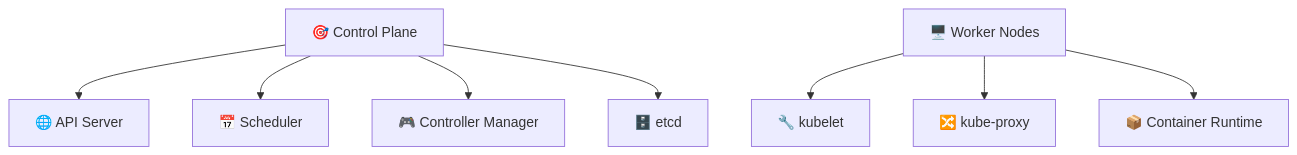
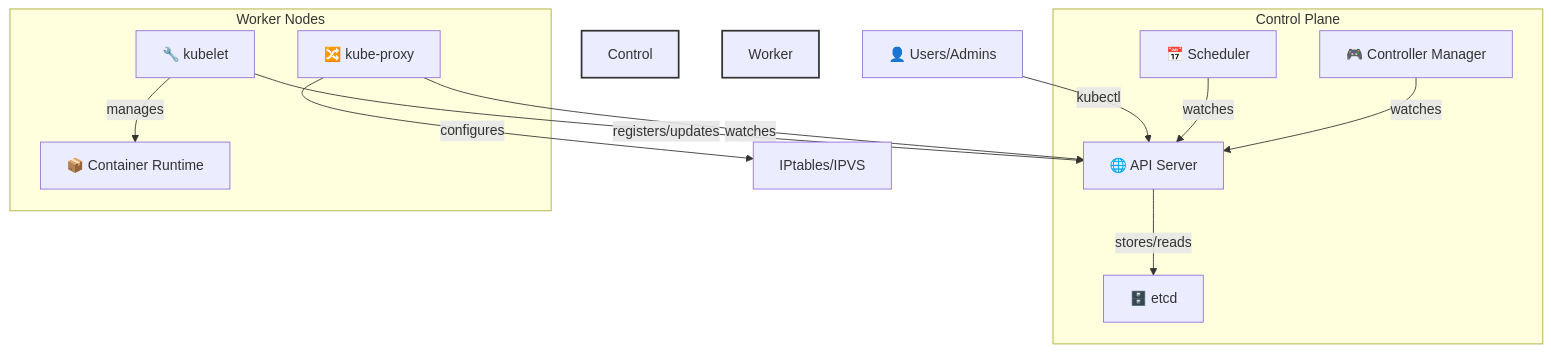
Before and after one commit to satishkumar-dhule/EA-SRE-prep: the second of 50 diagrams in Kubernetes_Visual_Interview_Prep.md, drawn with Mermaid. The commit also changed other lines of this file and 5 other files, not shown here.

````diff
--- a/Kubernetes_Visual_Interview_Prep.md
+++ b/Kubernetes_Visual_Interview_Prep.md
@@ -38,11 +60,29 @@
 ```mermaid
 graph TD
-    Master[🎯 Control Plane] --> API[🌐 API Server]
-    Master --> Scheduler[📅 Scheduler]
-    Master --> Controller[🎮 Controller Manager]
-    Master --> ETCD[🗄️ etcd]
+    subgraph Control Plane
+        API[🌐 API Server]
+        Scheduler[📅 Scheduler]
+        Controller[🎮 Controller Manager]
+        ETCD[🗄️ etcd]
+    end
+
+    subgraph Worker Nodes
+        Kubelet[🔧 kubelet]
+        Proxy[🔀 kube-proxy]
+        Container[📦 Container Runtime]
+    end
+
+    Users[👤 Users/Admins] -- kubectl --> API
+    Scheduler -- watches --> API
+    Controller -- watches --> API
+    API -- stores/reads --> ETCD
     
-    Nodes[🖥️ Worker Nodes] --> Kubelet[🔧 kubelet]
-    Nodes --> Proxy[🔀 kube-proxy]
-    Nodes --> Container[📦 Container Runtime]
+    Kubelet -- registers/updates --> API
+    Proxy -- watches --> API
+    
+    Kubelet -- manages --> Container
+    Proxy -- configures --> IPtables/IPVS
+
+    style Control Plane fill:#f9f9f9,stroke:#333,stroke-width:2px
+    style Worker Nodes fill:#f9f9f9,stroke:#333,stroke-width:2px
 ```
````
